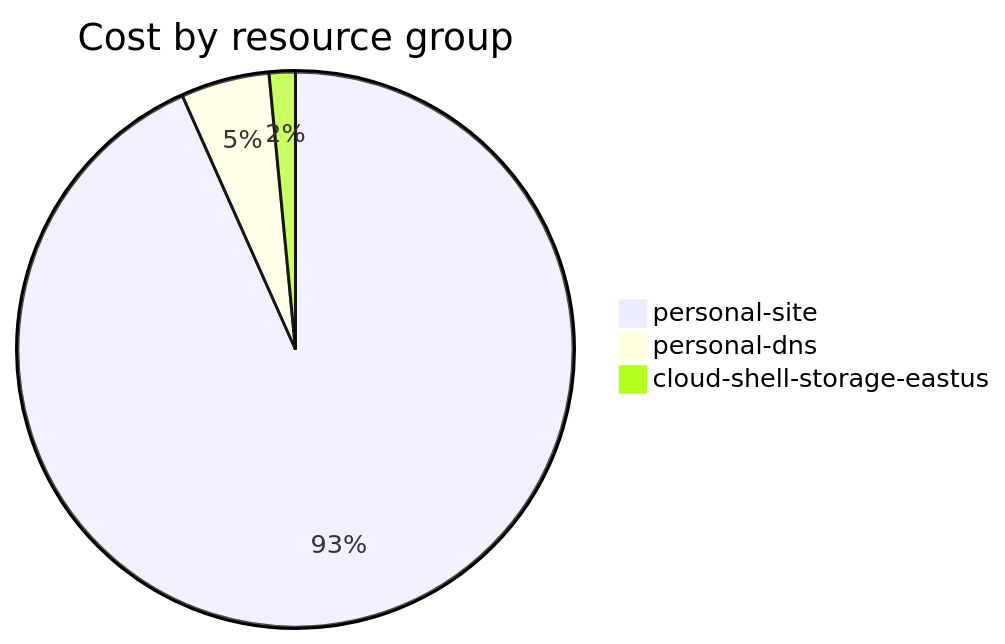
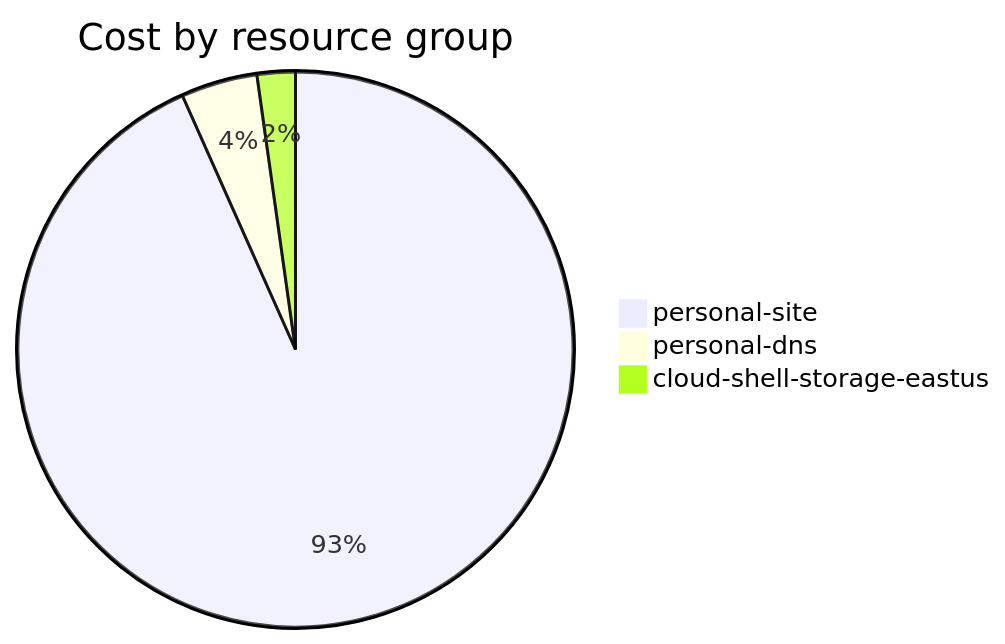
The fourth of 4 diagrams in cost-reports/accumulated-cost.md (jpfulton/azure-personal-reports), drawn with Mermaid before and after one commit. The commit also changed other lines of this file and 4 other files, not shown here.

````diff
--- a/cost-reports/accumulated-cost.md
+++ b/cost-reports/accumulated-cost.md
@@ -143,7 +135,7 @@
 ```mermaid
 pie
    title Cost by resource group
-   "personal-site" : 17.76
-   "personal-dns" : 0.98
-   "cloud-shell-storage-eastus" : 0.29
+   "personal-site" : 0.42
+   "personal-dns" : 0.02
+   "cloud-shell-storage-eastus" : 0.01
 ```
````
